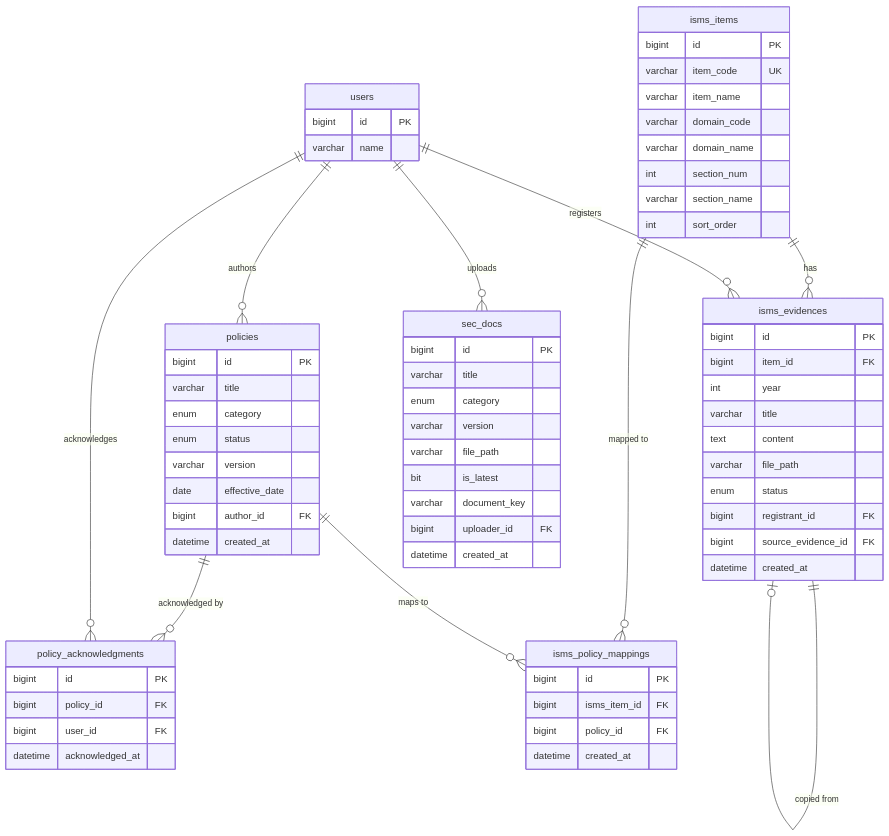
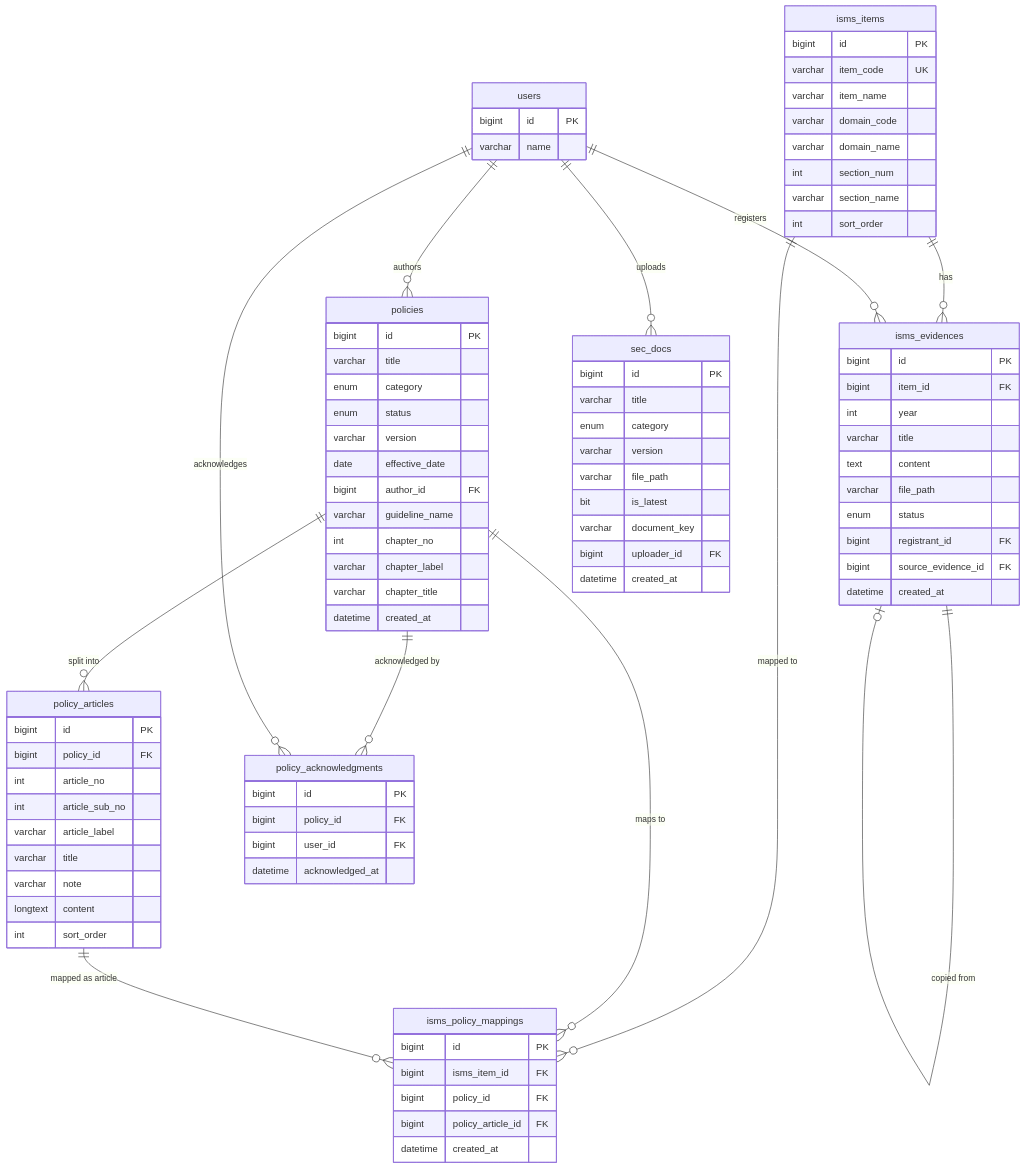
The fourth of 10 diagrams in frontend/public/help/user-manual.md (monosun/ksecportal), drawn with Mermaid before and after one commit. The commit also changed other lines of this file and 48 other files, not shown here.

````diff
--- a/frontend/public/help/user-manual.md
+++ b/frontend/public/help/user-manual.md
@@ -2817,7 +2859,22 @@
         varchar version
         date effective_date
         bigint author_id FK
+        varchar guideline_name
+        int chapter_no
+        varchar chapter_label
+        varchar chapter_title
         datetime created_at
+    }
+    policy_articles {
+        bigint id PK
+        bigint policy_id FK
+        int article_no
+        int article_sub_no
+        varchar article_label
+        varchar title
+        varchar note
+        longtext content
+        int sort_order
     }
     policy_acknowledgments {
         bigint id PK
@@ -2851,6 +2908,7 @@
         bigint id PK
         bigint isms_item_id FK
         bigint policy_id FK
+        bigint policy_article_id FK
         datetime created_at
     }
     sec_docs {
@@ -2877,5 +2935,7 @@
     isms_evidences ||--o| isms_evidences : "copied from"
     isms_items ||--o{ isms_policy_mappings : "mapped to"
     policies ||--o{ isms_policy_mappings : "maps to"
+    policies ||--o{ policy_articles : "split into"
+    policy_articles ||--o{ isms_policy_mappings : "mapped as article"
     users ||--o{ sec_docs : "uploads"
 ```
````
